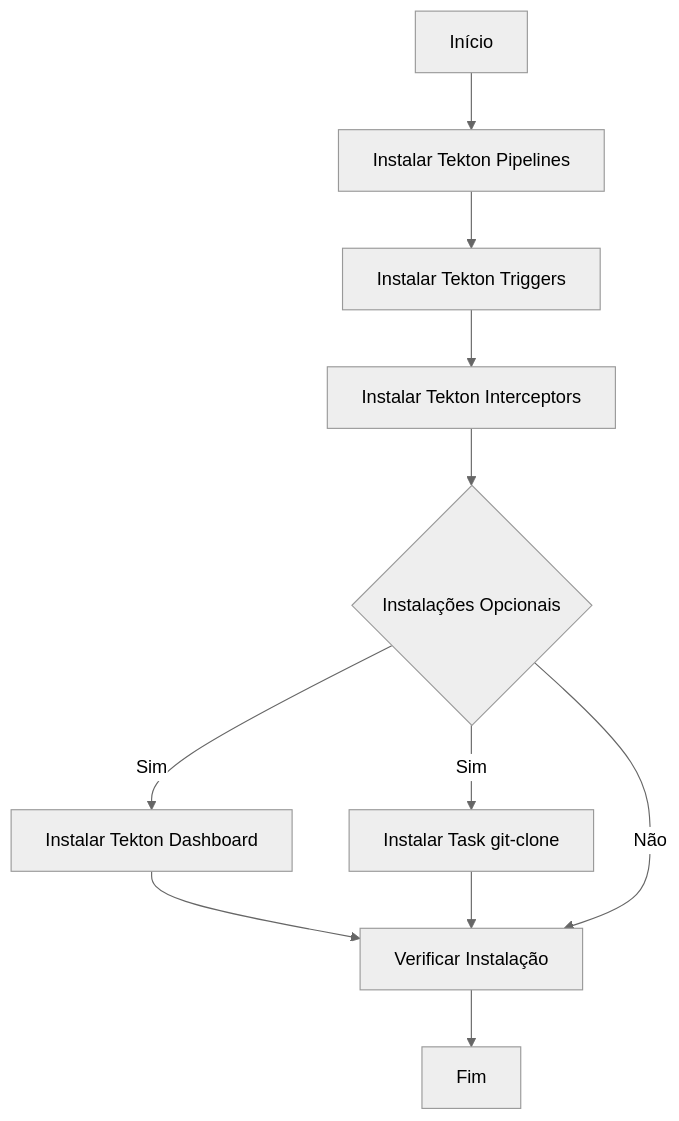
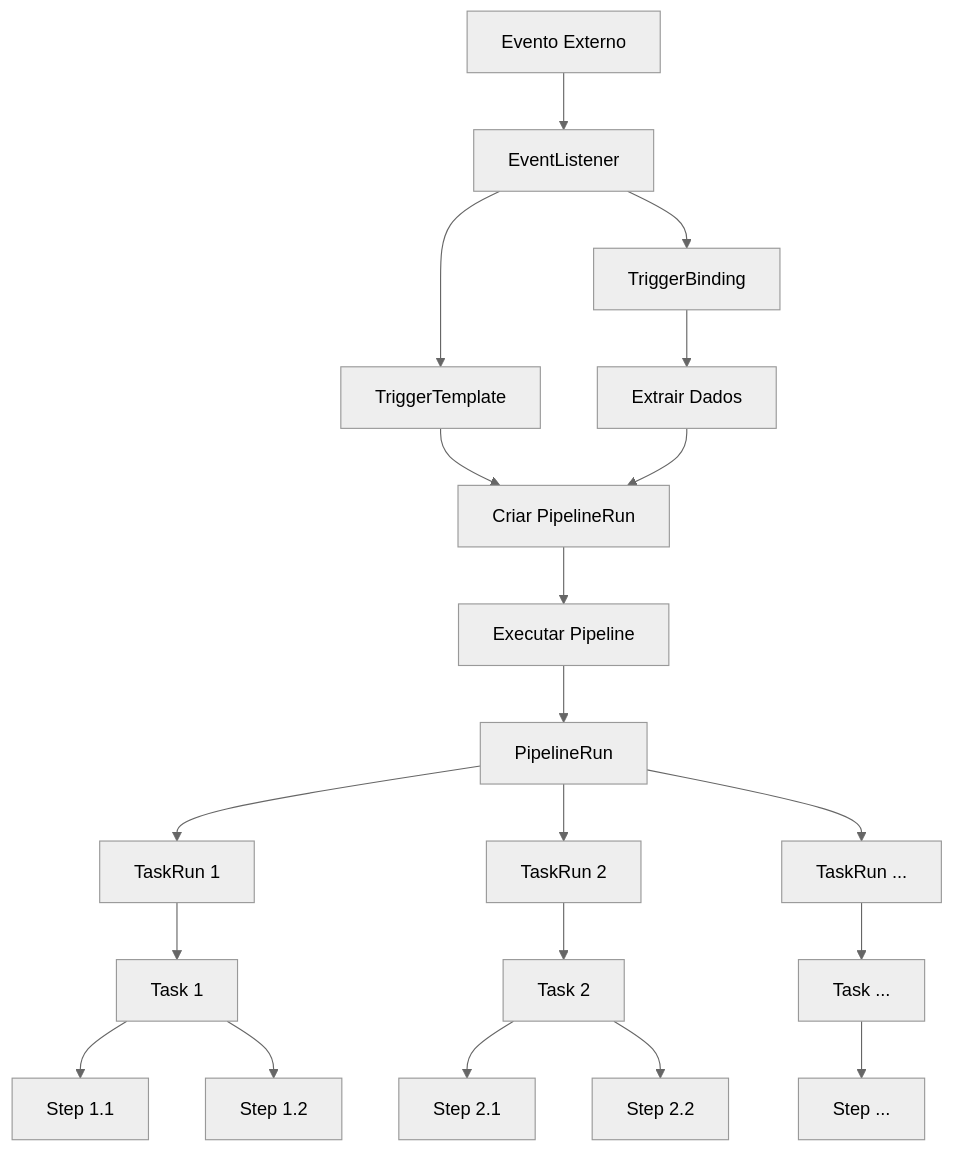
Before and after one commit to cloud104/tekton: the first of 2 diagrams in README.md, drawn with Mermaid (neutral theme). The commit also changed other lines of this file and 1 other file, not shown here.

````diff
--- a/README.md
+++ b/README.md
@@ -26,12 +144,22 @@
 ```mermaid
 graph TD
-    A[Início] --> B[Instalar Tekton Pipelines]
-    B --> C[Instalar Tekton Triggers]
-    C --> D[Instalar Tekton Interceptors]
-    D --> E{Instalações Opcionais}
-    E -->|Sim| F[Instalar Tekton Dashboard]
-    E -->|Sim| G[Instalar Task git-clone]
-    F & G --> H[Verificar Instalação]
-    E -->|Não| H
-    H --> I[Fim]
+    A[Evento Externo] --> B[EventListener]
+    B --> C[TriggerBinding]
+    B --> D[TriggerTemplate]
+    C --> E[Extrair Dados]
+    D --> F[Criar PipelineRun]
+    E --> F
+    F --> G[Executar Pipeline]
+    G --> H[PipelineRun]
+    H --> I[TaskRun 1]
+    H --> J[TaskRun 2]
+    H --> K[TaskRun ...]
+    I --> L[Task 1]
+    J --> M[Task 2]
+    K --> N[Task ...]
+    L --> O[Step 1.1]
+    L --> P[Step 1.2]
+    M --> Q[Step 2.1]
+    M --> R[Step 2.2]
+    N --> S[Step ...]
 ```
````
